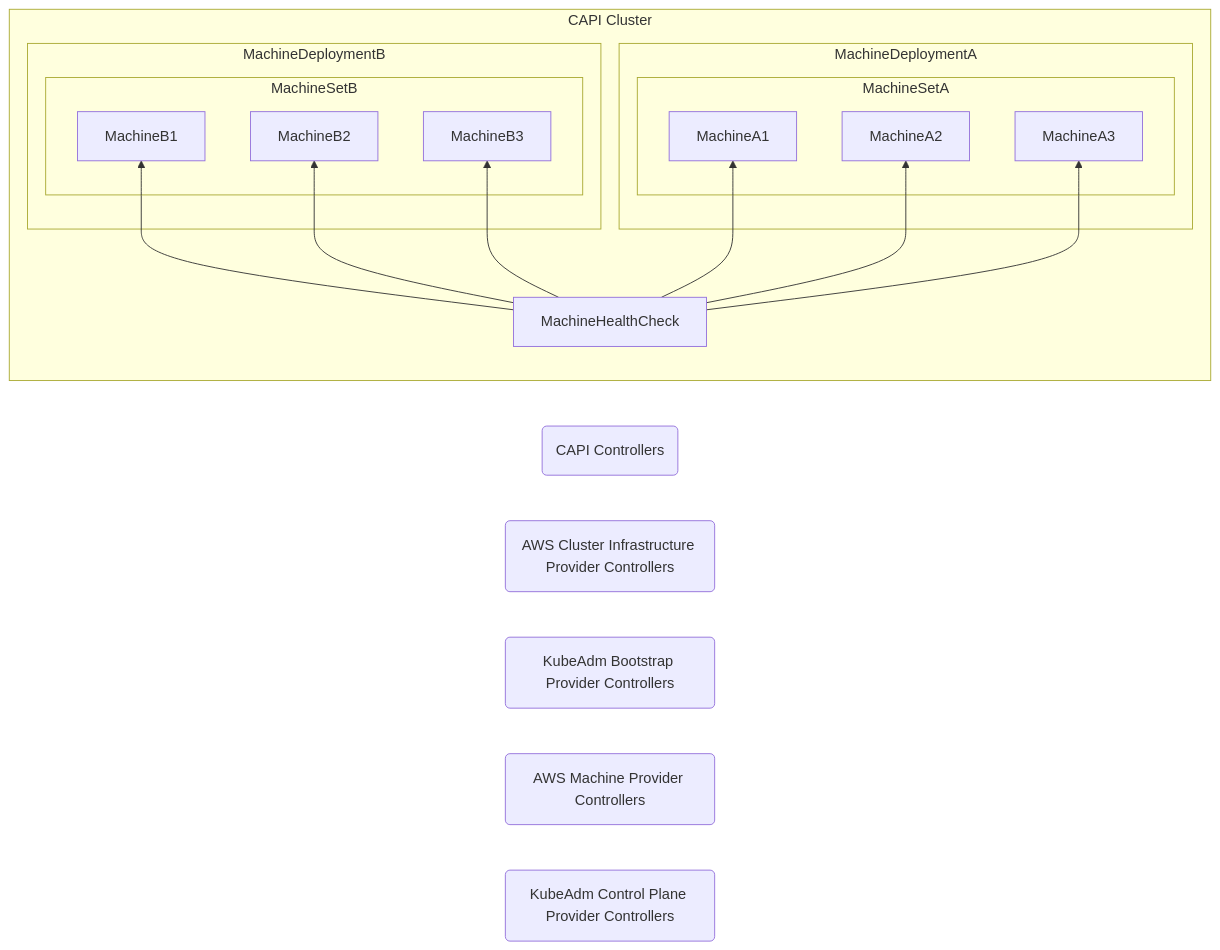
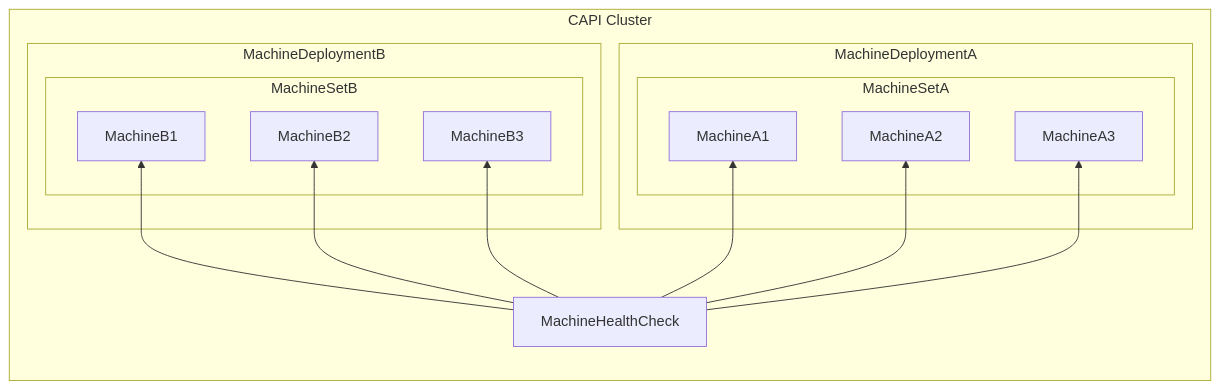
Before and after one commit to aiyengar2/k8s-docs: the first of 2 diagrams in docs/provisioning/00_capi.md, drawn with Mermaid. The commit also changed other lines of this file, not shown here.

````diff
--- a/docs/provisioning/00_capi.md
+++ b/docs/provisioning/00_capi.md
@@ -16,34 +16,28 @@
 ```mermaid
-graph LR
-    CAPIController("CAPI Controllers")
-    AWSClusterController("AWS Cluster Infrastructure Provider Controllers")
-    KubeAdmBootstrapController("KubeAdm Bootstrap Provider Controllers")
-    AWSMachineController("AWS Machine Provider Controllers")
-    ControlPlaneController("KubeAdm Control Plane Provider Controllers")
-    
+graph TD
     subgraph CAPI Cluster
     direction BT
     subgraph MachineDeploymentA
     subgraph MachineSetA
     MachineA1
     MachineA2
     MachineA3
     end
     end
     subgraph MachineDeploymentB
     subgraph MachineSetB
     MachineB1
     MachineB2
     MachineB3
     end
     end
     MachineHealthCheck
     end
 
     MachineHealthCheck-->MachineA1
     MachineHealthCheck-->MachineA2
     MachineHealthCheck-->MachineA3
     MachineHealthCheck-->MachineB1
     MachineHealthCheck-->MachineB2
     MachineHealthCheck-->MachineB3
 ```
````
